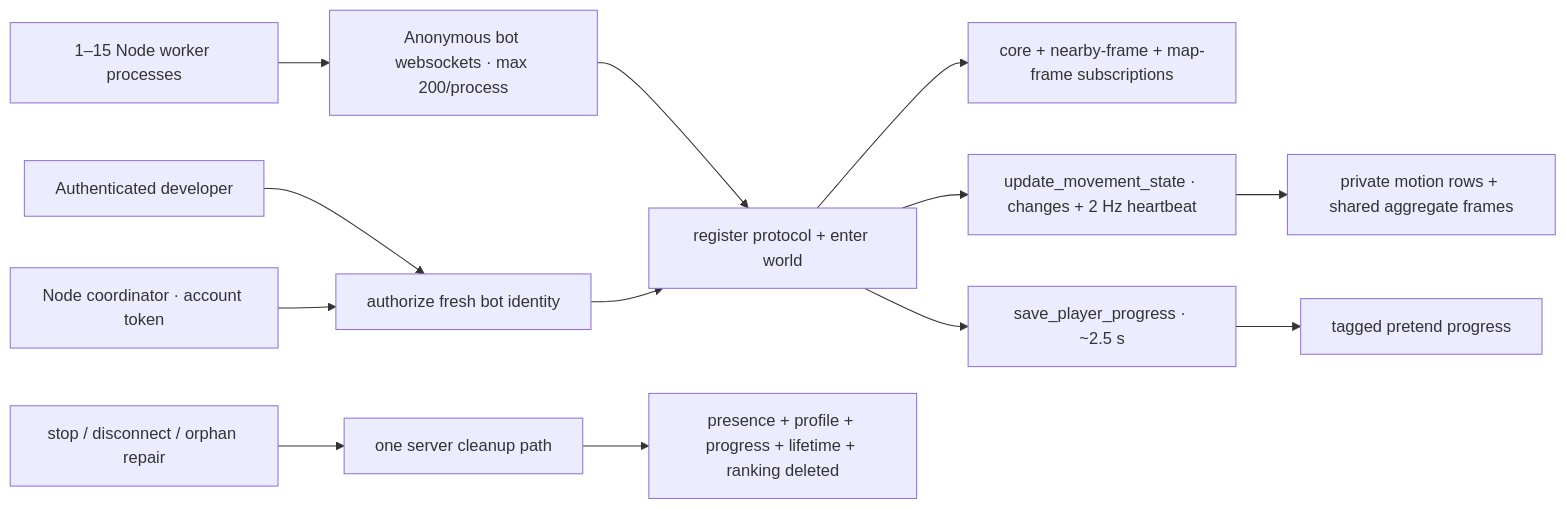
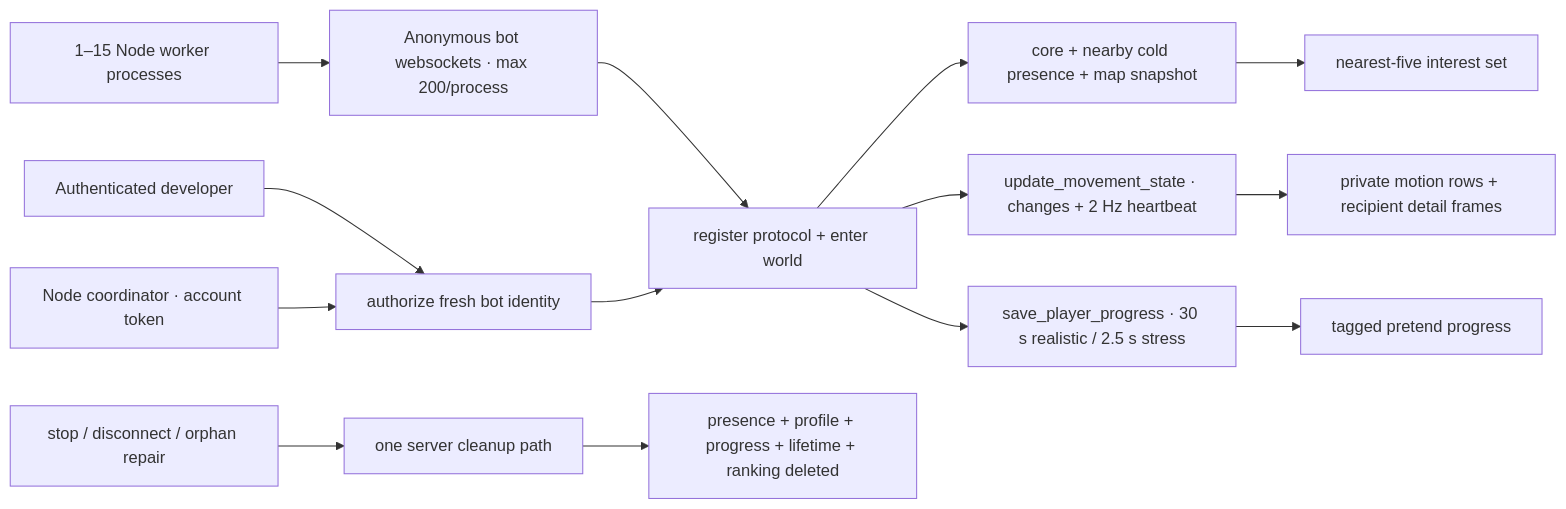
One commit to Tydoskus/wildwood changed the fourth of 4 diagrams in docs/realtime-data-flow.md. Above: the diagram before and after it, drawn with Mermaid. The commit also changed other lines of this file and 25 other files, not shown here.

````diff
--- a/docs/realtime-data-flow.md
+++ b/docs/realtime-data-flow.md
@@ -91,15 +93,16 @@
 ```mermaid
 flowchart LR
   Dev["Authenticated developer"] --> Authorize["authorize fresh bot identity"]
   Coordinator["Node coordinator · account token"] --> Authorize
   Workers["1–15 Node worker processes"] --> Browser["Anonymous bot websockets · max 200/process"]
   Browser --> Protocol["register protocol + enter world"]
   Authorize --> Protocol
-  Protocol --> Subs["core + nearby-frame + map-frame subscriptions"]
+  Protocol --> Subs["core + nearby cold presence + map snapshot"]
+  Subs --> Interest["nearest-five interest set"]
   Protocol --> Move["update_movement_state · changes + 2 Hz heartbeat"]
-  Protocol --> Save["save_player_progress · ~2.5 s"]
-  Move --> Hot["private motion rows + shared aggregate frames"]
+  Protocol --> Save["save_player_progress · 30 s realistic / 2.5 s stress"]
+  Move --> Hot["private motion rows + recipient detail frames"]
   Save --> Durable["tagged pretend progress"]
   Stop["stop / disconnect / orphan repair"] --> Cleanup["one server cleanup path"]
   Cleanup --> Erase["presence + profile + progress + lifetime + ranking deleted"]
 ```
````
